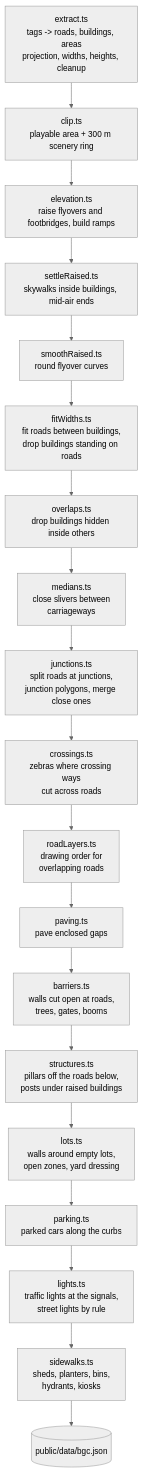
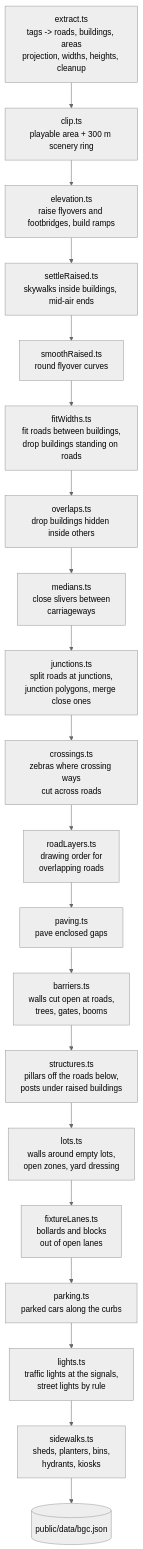
Before and after one commit to ajs0905/drive-thru-mnl: the second of 5 diagrams in docs/ARCHITECTURE.md, drawn with Mermaid (neutral theme). The commit also changed other lines of this file and 58 other files, not shown here.

````diff
--- a/docs/ARCHITECTURE.md
+++ b/docs/ARCHITECTURE.md
@@ -117,21 +117,22 @@
 ```mermaid
 flowchart TD
   A[extract.ts<br/>tags -> roads, buildings, areas<br/>projection, widths, heights, cleanup] --> B[clip.ts<br/>playable area + 300 m scenery ring]
   B --> C[elevation.ts<br/>raise flyovers and footbridges, build ramps]
   C --> D[settleRaised.ts<br/>skywalks inside buildings, mid-air ends]
   D --> R[smoothRaised.ts<br/>round flyover curves]
   R --> E[fitWidths.ts<br/>fit roads between buildings,<br/>drop buildings standing on roads]
   E --> O[overlaps.ts<br/>drop buildings hidden inside others]
   O --> M[medians.ts<br/>close slivers between<br/>carriageways]
   M --> G[junctions.ts<br/>split roads at junctions,<br/>junction polygons, merge close ones]
   G --> H[crossings.ts<br/>zebras where crossing ways<br/>cut across roads]
   H --> L[roadLayers.ts<br/>drawing order for<br/>overlapping roads]
   L --> P[paving.ts<br/>pave enclosed gaps]
   P --> X[barriers.ts<br/>walls cut open at roads,<br/>trees, gates, booms]
   X --> S[structures.ts<br/>pillars off the roads below,<br/>posts under raised buildings]
   S --> LT[lots.ts<br/>walls around empty lots,<br/>open zones, yard dressing]
-  LT --> K[parking.ts<br/>parked cars along the curbs]
+  LT --> FL[fixtureLanes.ts<br/>bollards and blocks<br/>out of open lanes]
+  FL --> K[parking.ts<br/>parked cars along the curbs]
   K --> LI[lights.ts<br/>traffic lights at the signals,<br/>street lights by rule]
   LI --> SW[sidewalks.ts<br/>sheds, planters, bins,<br/>hydrants, kiosks]
   SW --> F[(public/data/bgc.json)]
 ```
````
